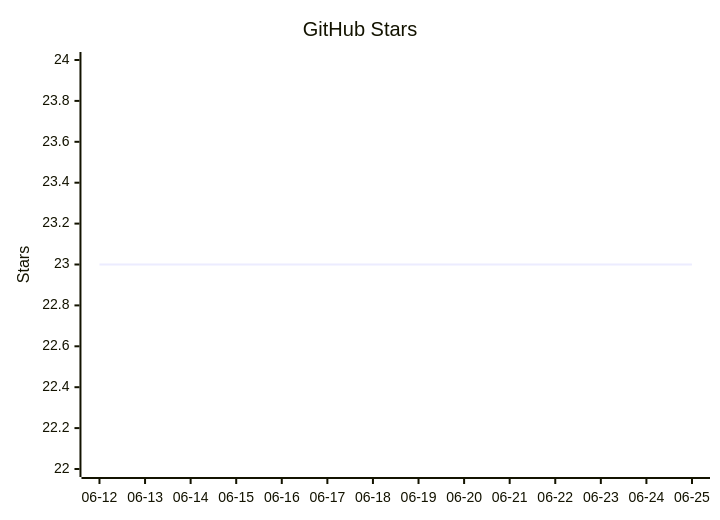
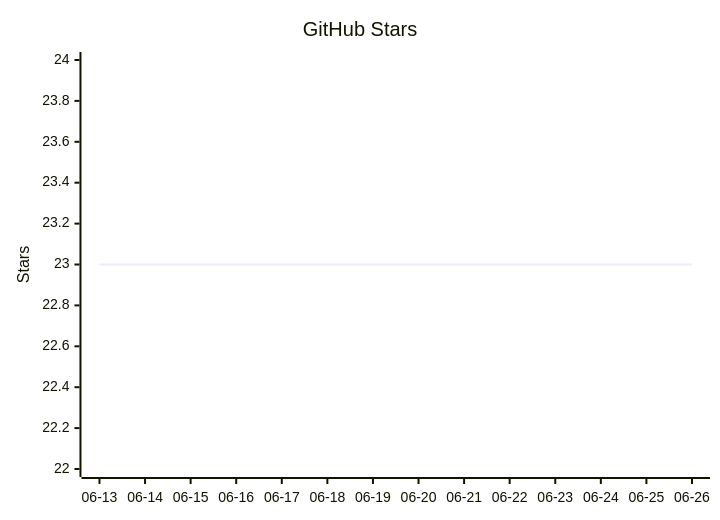
Before and after one commit to vectie/moonclaw: the diagram in README.mbt.md, drawn with Mermaid. The commit also changed other lines of this file and 1 other file, not shown here.

Commit message:
Update README star growth

````diff
--- a/README.mbt.md
+++ b/README.mbt.md
@@ -614,7 +614,7 @@
 ```mermaid
 xychart-beta
     title "GitHub Stars"
-    x-axis ["06-12","06-13","06-14","06-15","06-16","06-17","06-18","06-19","06-20","06-21","06-22","06-23","06-24","06-25"]
+    x-axis ["06-13","06-14","06-15","06-16","06-17","06-18","06-19","06-20","06-21","06-22","06-23","06-24","06-25","06-26"]
     y-axis "Stars" 22 --> 24
     line [23,23,23,23,23,23,23,23,23,23,23,23,23,23]
 ```
````
